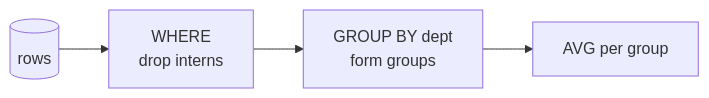
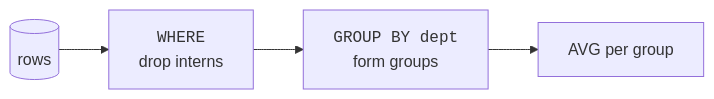
One commit to dataslope/dataslope changed the third of 3 diagrams in content/learn/intro-sql-postgres/grouping-data.mdx. Above: the diagram before and after it, drawn with Mermaid. The commit also changed other lines of this file and 56 other files, not shown here.

````diff
--- a/content/learn/intro-sql-postgres/grouping-data.mdx
+++ b/content/learn/intro-sql-postgres/grouping-data.mdx
@@ -149,4 +149,4 @@
 ```mermaid
 flowchart LR
-    T[("rows")] --> W["WHERE<br/>drop interns"] --> G["GROUP BY dept<br/>form groups"] --> A["AVG per group"]
+    T[("rows")] --> W["<code>WHERE</code><br/>drop interns"] --> G["<code>GROUP BY dept</code><br/>form groups"] --> A["AVG per group"]
 ```
````
